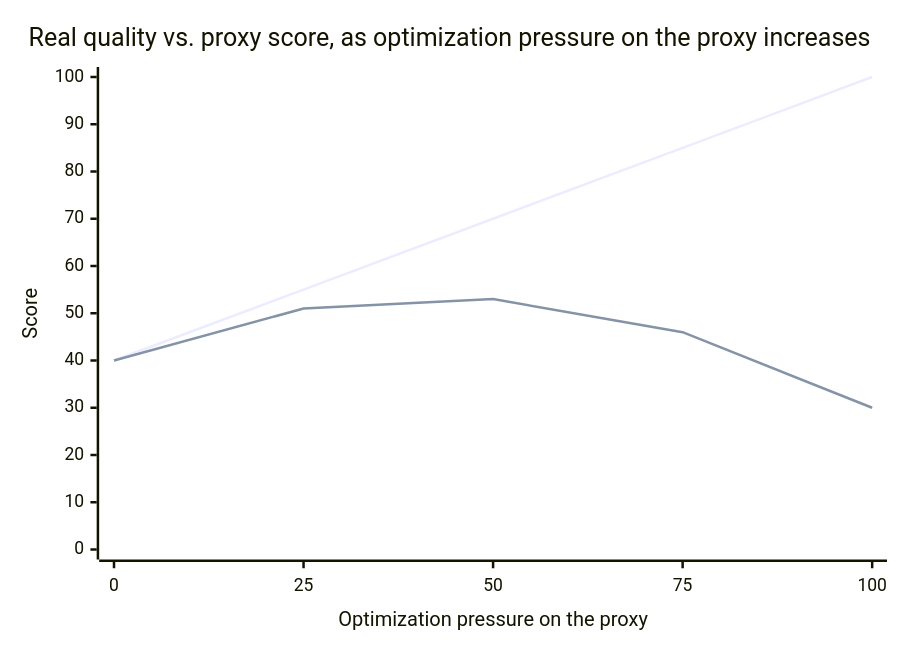
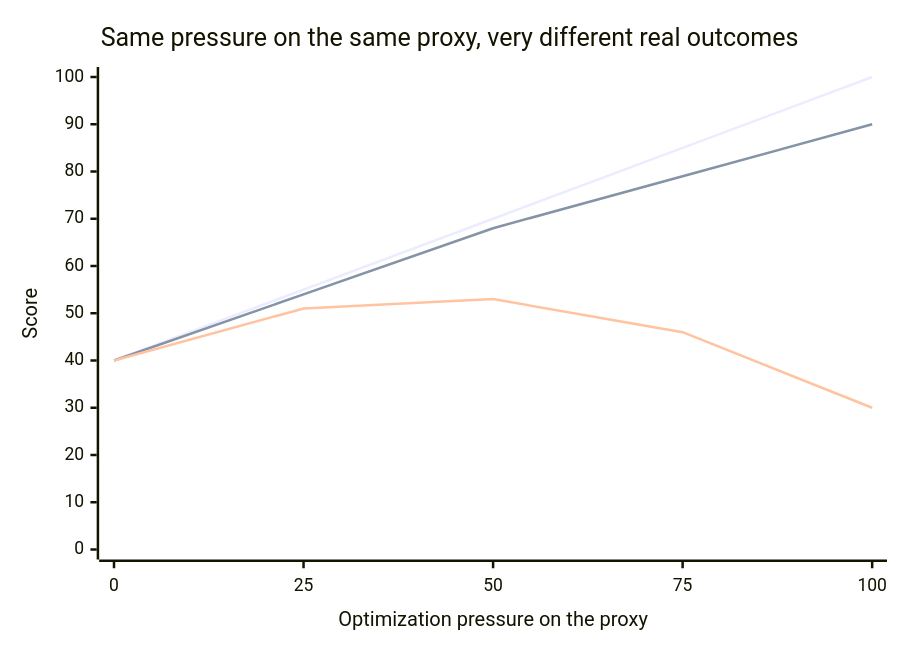
Before and after one commit to francoandreDev/knowledge: the second of 2 diagrams in src/content/applied-math/measurement-theory/L2-concept.mdx, drawn with Mermaid. The commit also changed other lines of this file and 3 other files, not shown here.

````diff
--- a/src/content/applied-math/measurement-theory/L2-concept.mdx
+++ b/src/content/applied-math/measurement-theory/L2-concept.mdx
@@ -64,8 +109,9 @@
 ```mermaid
 xychart-beta
-    title "Real quality vs. proxy score, as optimization pressure on the proxy increases"
+    title "Same pressure on the same proxy, very different real outcomes"
     x-axis "Optimization pressure on the proxy" [0, 25, 50, 75, 100]
     y-axis "Score" 0 --> 100
-    line "Proxy score (e.g. test coverage %)" [40, 55, 70, 85, 100]
-    line "Real target (weak proxy, like Team B)" [40, 51, 53, 46, 30]
+    line "Proxy score (coverage), same for both teams" [40, 55, 70, 85, 100]
+    line "Real target, strong proxy (Team A)" [40, 54, 68, 79, 90]
+    line "Real target, weak proxy (Team B)" [40, 51, 53, 46, 30]
 ```
````
